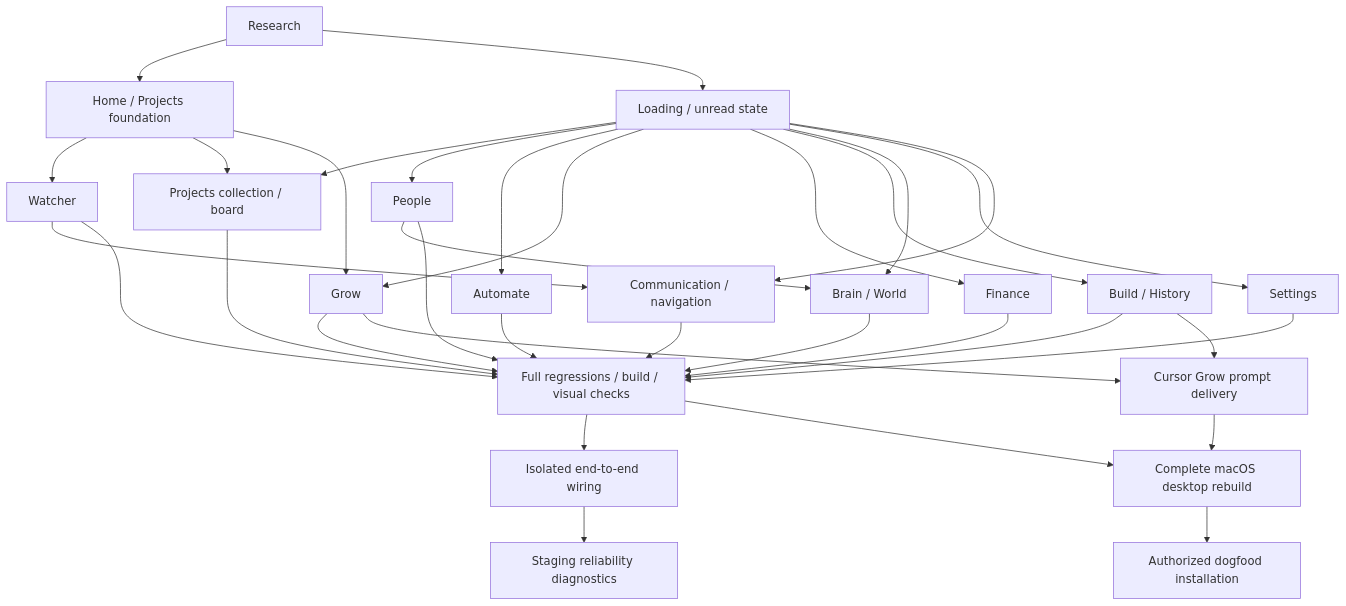
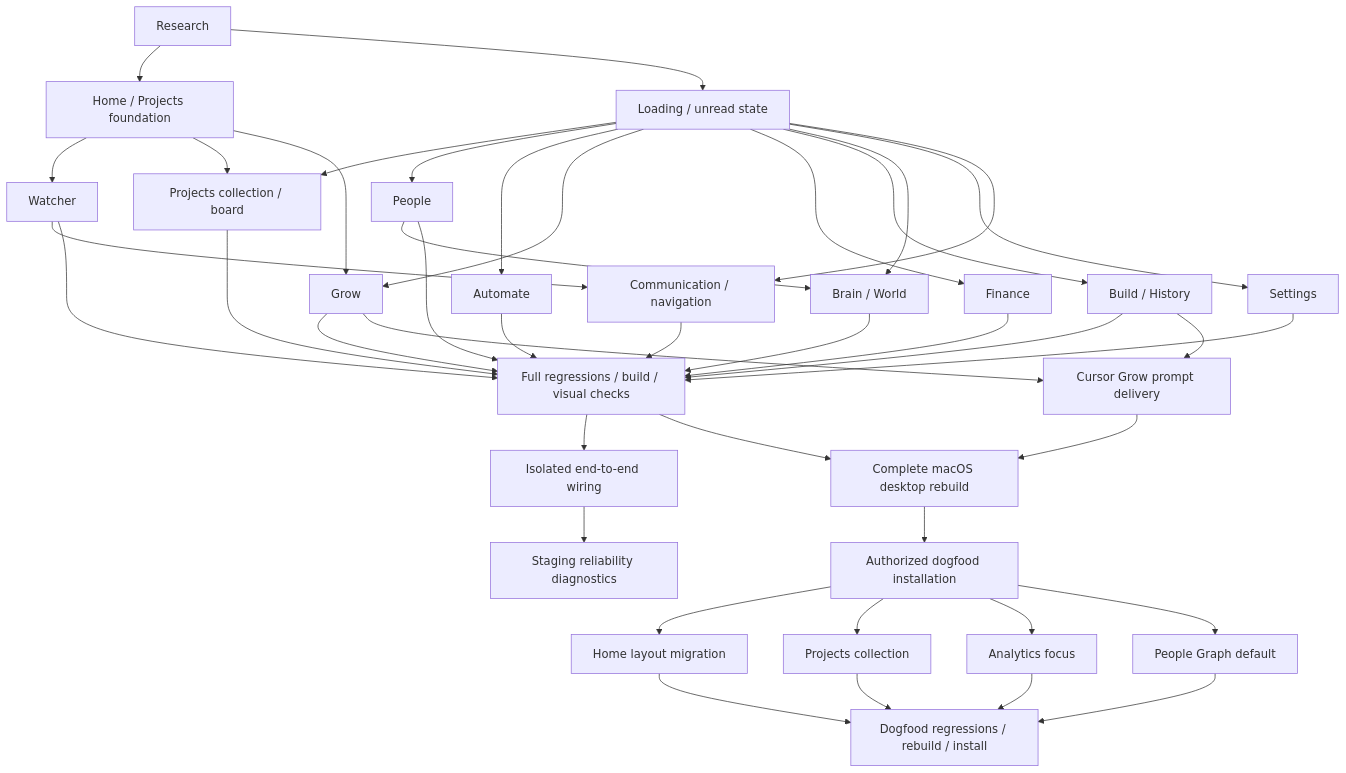
Before and after one commit to make-tuned-unit/permagent-runtime: the diagram in reports/ux-dag/README.md, drawn with Mermaid. The commit also changed 5 other files, not shown here.

Commit message:
Record verified dogfood layout rebuild and installation

````diff
--- a/reports/ux-dag/README.md
+++ b/reports/ux-dag/README.md
@@ -5,25 +5,30 @@
 ```mermaid
 flowchart TD
  D00[Research] --> D01[Home / Projects foundation]
  D00 --> D02[Loading / unread state]
  D01 --> D03[Watcher]
  D01 --> D04[Projects collection / board]
  D02 --> D04
  D02 --> D05[People]
  D02 --> D06[Automate]
  D01 --> D07[Grow]
  D02 --> D07
  D02 --> D08[Finance]
  D02 --> D09[Build / History]
  D05 --> D10[Brain / World]
  D02 --> D10
  D02 --> D11[Settings]
  D03 --> D12[Communication / navigation]
  D02 --> D12
  D03 & D04 & D05 & D06 & D07 & D08 & D09 & D10 & D11 & D12 --> D13[Full regressions / build / visual checks]
  D13 --> D14[Isolated end-to-end wiring]
  D14 --> D15[Staging reliability diagnostics]
  D07 & D09 --> D16[Cursor Grow prompt delivery]
  D13 & D16 --> D17[Complete macOS desktop rebuild]
  D17 --> D18[Authorized dogfood installation]
+ D18 --> D19[Home layout migration]
+ D18 --> D20[Projects collection]
+ D18 --> D21[Analytics focus]
+ D18 --> D22[People Graph default]
+ D19 & D20 & D21 & D22 --> D23[Dogfood regressions / rebuild / install]
 ```
````
